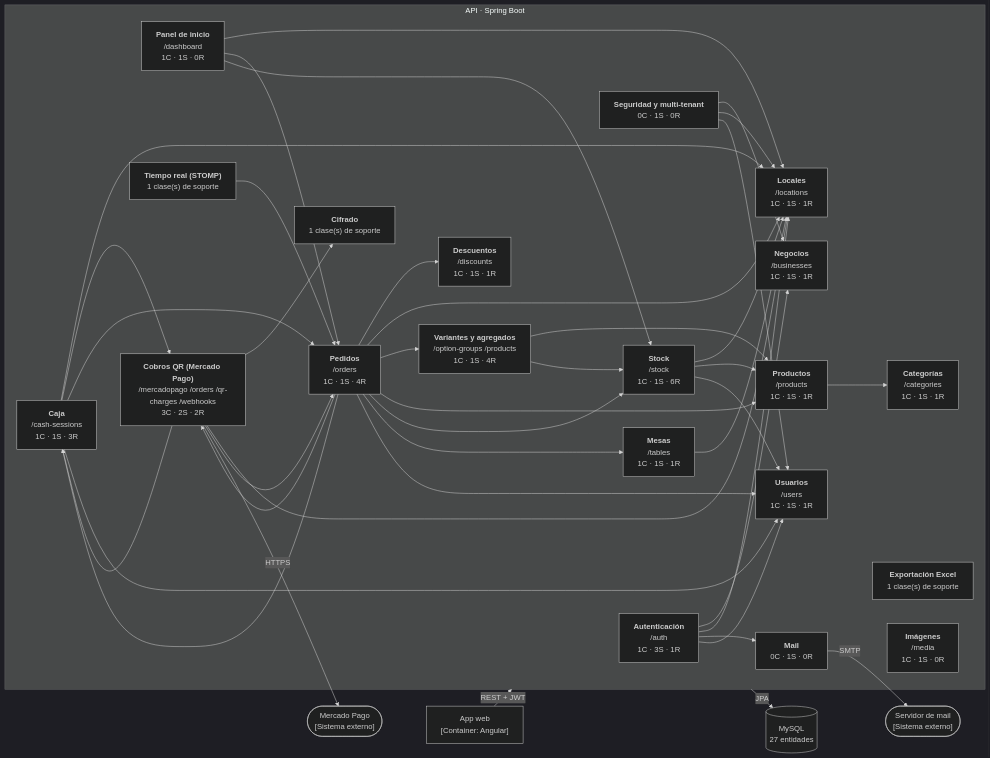
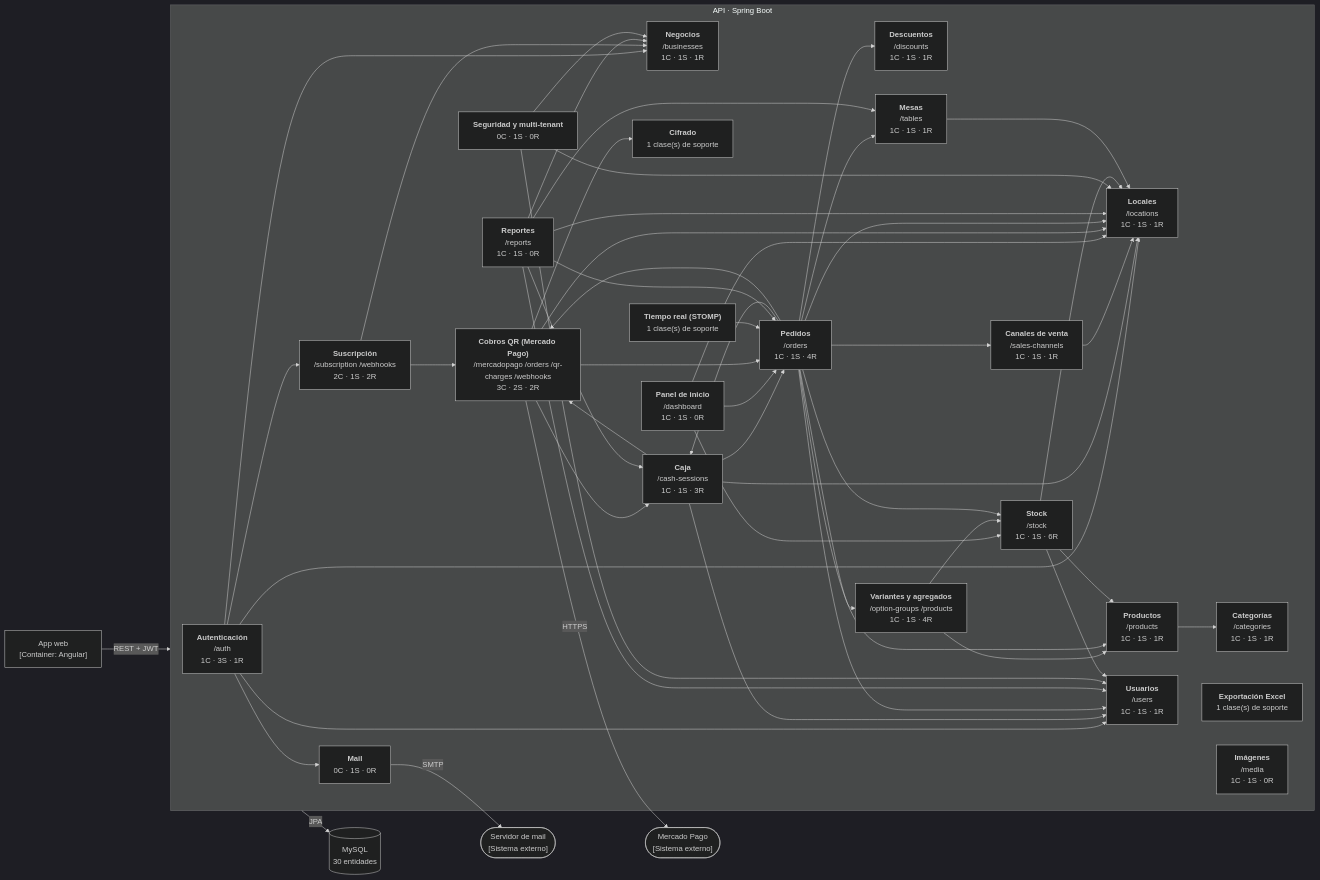
Before and after one commit to ciscodominguez/coffe-app-gestion: the diagram in docs/arquitectura/c4-3-componentes-backend.md, drawn with Mermaid (dark theme). The commit also changed other lines of this file and 6 other files, not shown here.

````diff
--- a/docs/arquitectura/c4-3-componentes-backend.md
+++ b/docs/arquitectura/c4-3-componentes-backend.md
@@ -5,68 +5,82 @@
 ```mermaid
 flowchart LR
   spa["App web<br/>[Container: Angular]"]
   subgraph API["API · Spring Boot"]
     auth["<b>Autenticación</b><br/>/auth<br/>1C · 3S · 1R"]
+    billing["<b>Suscripción</b><br/>/subscription /webhooks<br/>2C · 1S · 2R"]
     business["<b>Negocios</b><br/>/businesses<br/>1C · 1S · 1R"]
     cash["<b>Caja</b><br/>/cash-sessions<br/>1C · 1S · 3R"]
     category["<b>Categorías</b><br/>/categories<br/>1C · 1S · 1R"]
+    channel["<b>Canales de venta</b><br/>/sales-channels<br/>1C · 1S · 1R"]
     crypto["<b>Cifrado</b><br/>1 clase(s) de soporte"]
     dashboard["<b>Panel de inicio</b><br/>/dashboard<br/>1C · 1S · 0R"]
     discount["<b>Descuentos</b><br/>/discounts<br/>1C · 1S · 1R"]
     excel["<b>Exportación Excel</b><br/>1 clase(s) de soporte"]
     location["<b>Locales</b><br/>/locations<br/>1C · 1S · 1R"]
     mail["<b>Mail</b><br/>0C · 1S · 0R"]
     media["<b>Imágenes</b><br/>/media<br/>1C · 1S · 0R"]
     mercadopago["<b>Cobros QR (Mercado Pago)</b><br/>/mercadopago /orders /qr-charges /webhooks<br/>3C · 2S · 2R"]
     option["<b>Variantes y agregados</b><br/>/option-groups /products<br/>1C · 1S · 4R"]
     order["<b>Pedidos</b><br/>/orders<br/>1C · 1S · 4R"]
     product["<b>Productos</b><br/>/products<br/>1C · 1S · 1R"]
     realtime["<b>Tiempo real (STOMP)</b><br/>1 clase(s) de soporte"]
+    report["<b>Reportes</b><br/>/reports<br/>1C · 1S · 0R"]
     security["<b>Seguridad y multi-tenant</b><br/>0C · 1S · 0R"]
     stock["<b>Stock</b><br/>/stock<br/>1C · 1S · 6R"]
     table["<b>Mesas</b><br/>/tables<br/>1C · 1S · 1R"]
     user["<b>Usuarios</b><br/>/users<br/>1C · 1S · 1R"]
   end
-  db[("MySQL<br/>27 entidades")]
+  db[("MySQL<br/>30 entidades")]
   mp(["Mercado Pago<br/>[Sistema externo]"])
   smtp(["Servidor de mail<br/>[Sistema externo]"])
   spa -->|"REST + JWT"| API
   API -->|"JPA"| db
+  auth --> billing
   auth --> business
   auth --> location
   auth --> mail
   auth --> user
+  billing --> business
+  billing --> mercadopago
   cash --> location
   cash --> mercadopago
   cash --> order
   cash --> user
+  channel --> location
   dashboard --> location
   dashboard --> order
   dashboard --> stock
   mercadopago --> cash
   mercadopago --> crypto
   mercadopago --> location
   mercadopago --> order
   option --> product
   option --> stock
   order --> cash
+  order --> channel
   order --> discount
   order --> location
   order --> mercadopago
   order --> option
   order --> product
   order --> stock
   order --> table
   order --> user
   product --> category
   realtime --> order
+  report --> business
+  report --> cash
+  report --> location
+  report --> order
+  report --> table
+  report --> user
   security --> business
   security --> location
   security --> user
   stock --> location
   stock --> product
   stock --> user
   table --> location
   mercadopago -->|"HTTPS"| mp
   mail -->|"SMTP"| smtp
 ```
````
